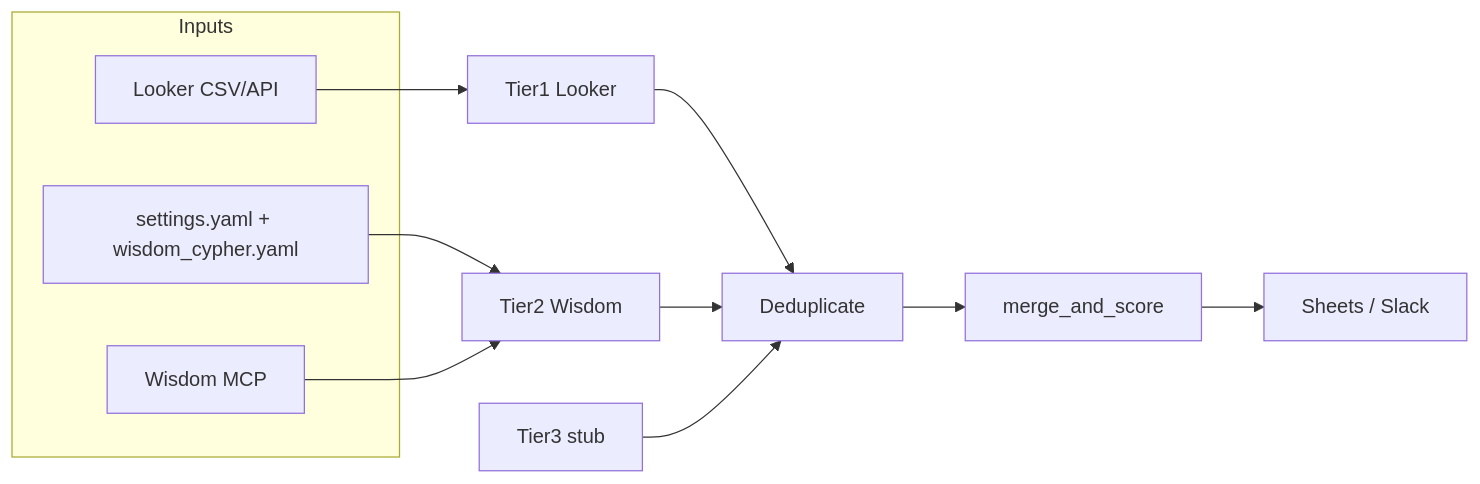
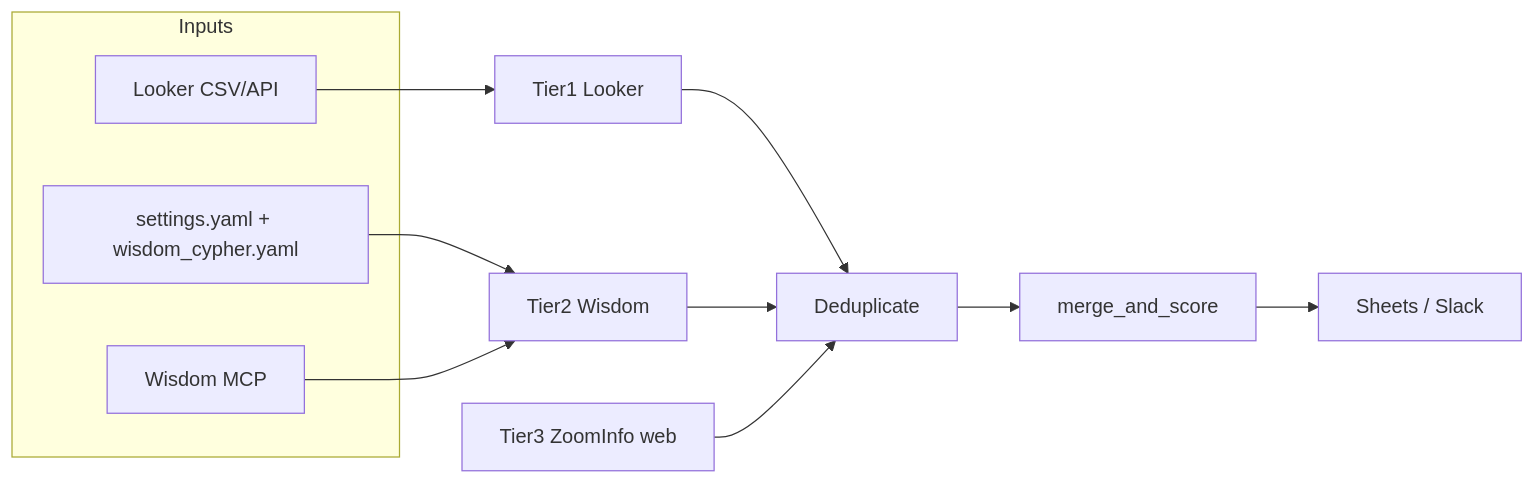
Before and after one commit to s-shindeldecker/figment-agent: the diagram in README.md, drawn with Mermaid. The commit also changed other lines of this file and 7 other files, not shown here.

First line of the commit message:
E100 summary quotas, hardcoded Sheet tab names, architecture doc

````diff
--- a/README.md
+++ b/README.md
@@ -58,21 +60,21 @@
 ```mermaid
 flowchart LR
   subgraph inputs [Inputs]
     L[Looker CSV/API]
     W[Wisdom MCP]
     C[settings.yaml + wisdom_cypher.yaml]
   end
   T1[Tier1 Looker]
   T2[Tier2 Wisdom]
-  T3[Tier3 stub]
+  T3[Tier3 ZoomInfo web]
   D[Deduplicate]
   S[merge_and_score]
   O[Sheets / Slack]
   L --> T1
   C --> T2
   W --> T2
   T1 --> D
   T2 --> D
   T3 --> D
   D --> S --> O
 ```
````
